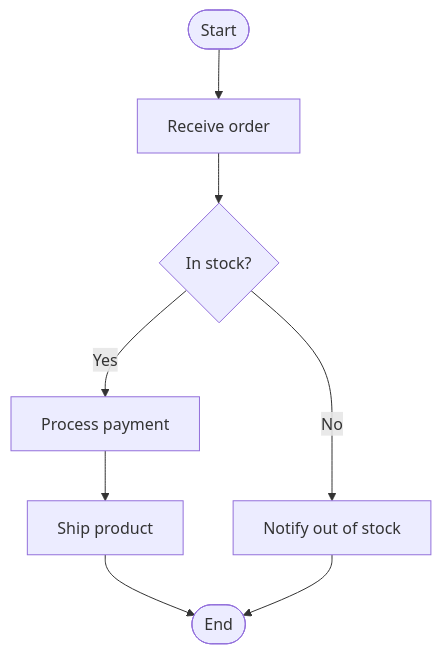
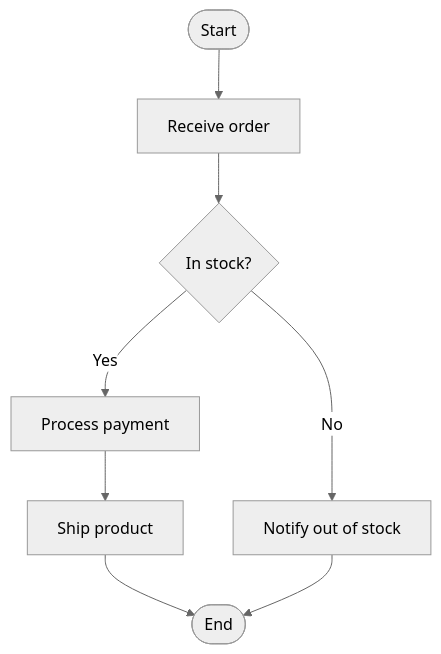
Before and after one commit to ccosming/skills: the eighth of 11 diagrams in references/diagrams.md, drawn with Mermaid. The commit also changed other lines of this file and 5 other files, not shown here.

First line of the commit message:
refactor(diagrams): render every view as a monochrome neutral flowchart

````diff
--- a/references/diagrams.md
+++ b/references/diagrams.md
@@ -161,7 +176,8 @@
 ```mermaid
+%%{init: {'theme':'neutral'}}%%
 flowchart TD
   Start([Start]) --> A[Receive order]
   A --> D{In stock?}
   D -->|Yes| P[Process payment] --> Ship[Ship product] --> End([End])
   D -->|No| N[Notify out of stock] --> End
 ```
````
